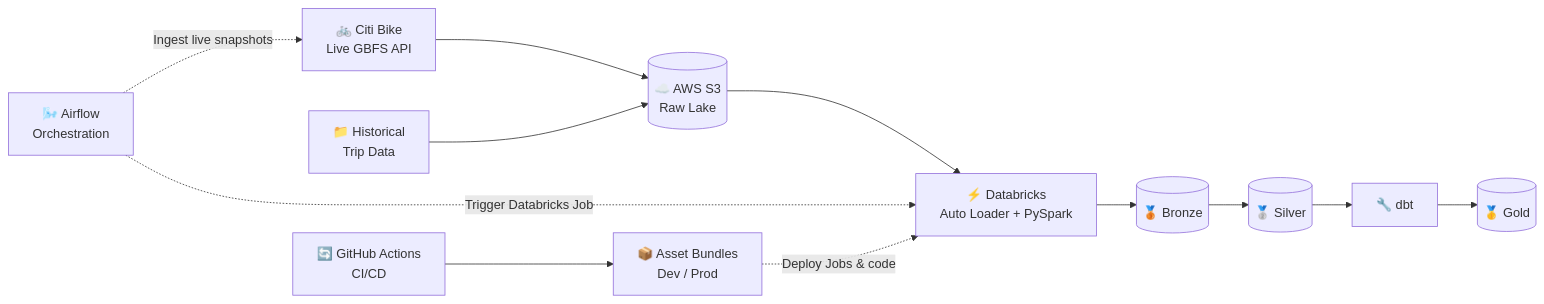
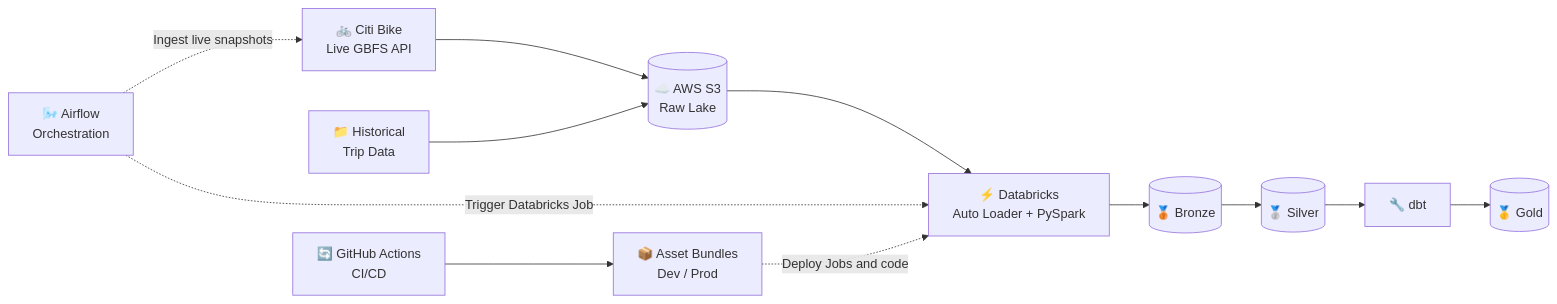
The first of 3 diagrams in README.md (Tom0809/citibike-data-platform), drawn with Mermaid before and after one commit.

Commit message:
Revise README for improved project documentation
Updated README to include project overview, architecture, tech stack, engineering highlights, CI/CD process, and project structure.

````diff
--- a/README.md
+++ b/README.md
@@ -13,26 +13,26 @@
 ```mermaid
 flowchart LR
 
     API["🚲 Citi Bike<br/>Live GBFS API"]
     HIST["📁 Historical<br/>Trip Data"]
     S3[("☁️ AWS S3<br/>Raw Lake")]
     DBX["⚡ Databricks<br/>Auto Loader + PySpark"]
     B[("🥉 Bronze")]
     S[("🥈 Silver")]
     DBT["🔧 dbt"]
     G[("🥇 Gold")]
 
     API --> S3
     HIST --> S3
     S3 --> DBX --> B --> S --> DBT --> G
 
     AF["🌬️ Airflow<br/>Orchestration"]
     CICD["🔄 GitHub Actions<br/>CI/CD"]
     DAB["📦 Asset Bundles<br/>Dev / Prod"]
 
     AF -. "Ingest live snapshots" .-> API
     AF -. "Trigger Databricks Job" .-> DBX
 
     CICD --> DAB
-    DAB -. "Deploy Jobs & code" .-> DBX
+    DAB -. "Deploy Jobs and code" .-> DBX
 ```
````
